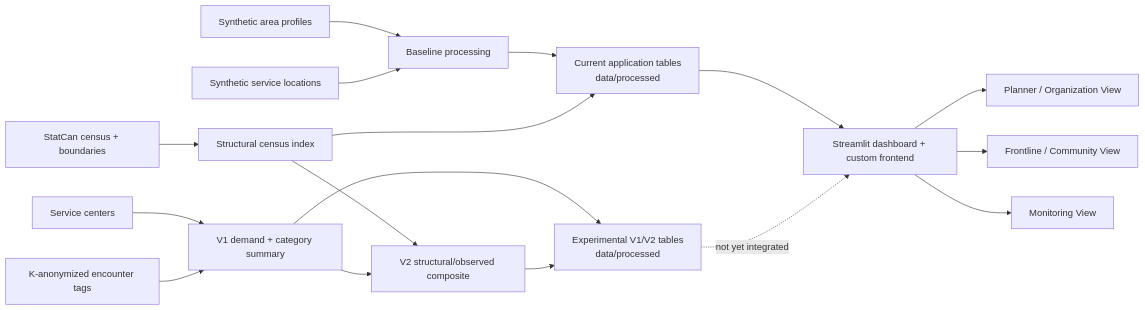
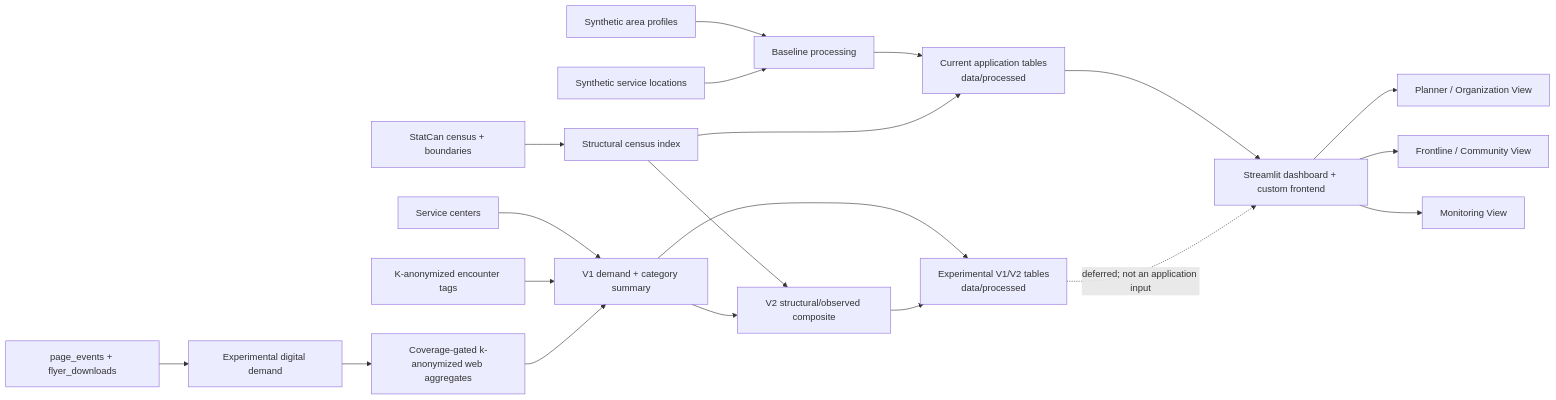
The diagram in docs/architecture.md (frondyff/comm_need_radar), drawn with Mermaid before and after one commit. The commit also changed other lines of this file and 8 other files, not shown here.

````diff
--- a/docs/architecture.md
+++ b/docs/architecture.md
@@ -5,19 +5,22 @@
 ```mermaid
 flowchart LR
     RawAreas["Synthetic area profiles"] --> Base["Baseline processing"]
     RawServices["Synthetic service locations"] --> Base
     Census["StatCan census + boundaries"] --> Structural["Structural census index"]
     Centers["Service centers"] --> Observed["V1 demand + category summary"]
     Visits["K-anonymized encounter tags"] --> Observed
+    Events["page_events + flyer_downloads"] --> WebDemand["Experimental digital demand"]
+    WebDemand --> WebTags["Coverage-gated k-anonymized web aggregates"]
+    WebTags --> Observed
     Structural --> V2["V2 structural/observed composite"]
     Observed --> V2
     Base --> Current["Current application tables\ndata/processed"]
     Structural --> Current
     Observed --> Experimental["Experimental V1/V2 tables\ndata/processed"]
     V2 --> Experimental
     Current --> Dashboard["Streamlit dashboard + custom frontend"]
     Dashboard --> Planner["Planner / Organization View"]
     Dashboard --> Frontline["Frontline / Community View"]
     Dashboard --> Monitoring["Monitoring View"]
-    Experimental -.->|"not yet integrated"| Dashboard
+    Experimental -.->|"deferred; not an application input"| Dashboard
 ```
````
